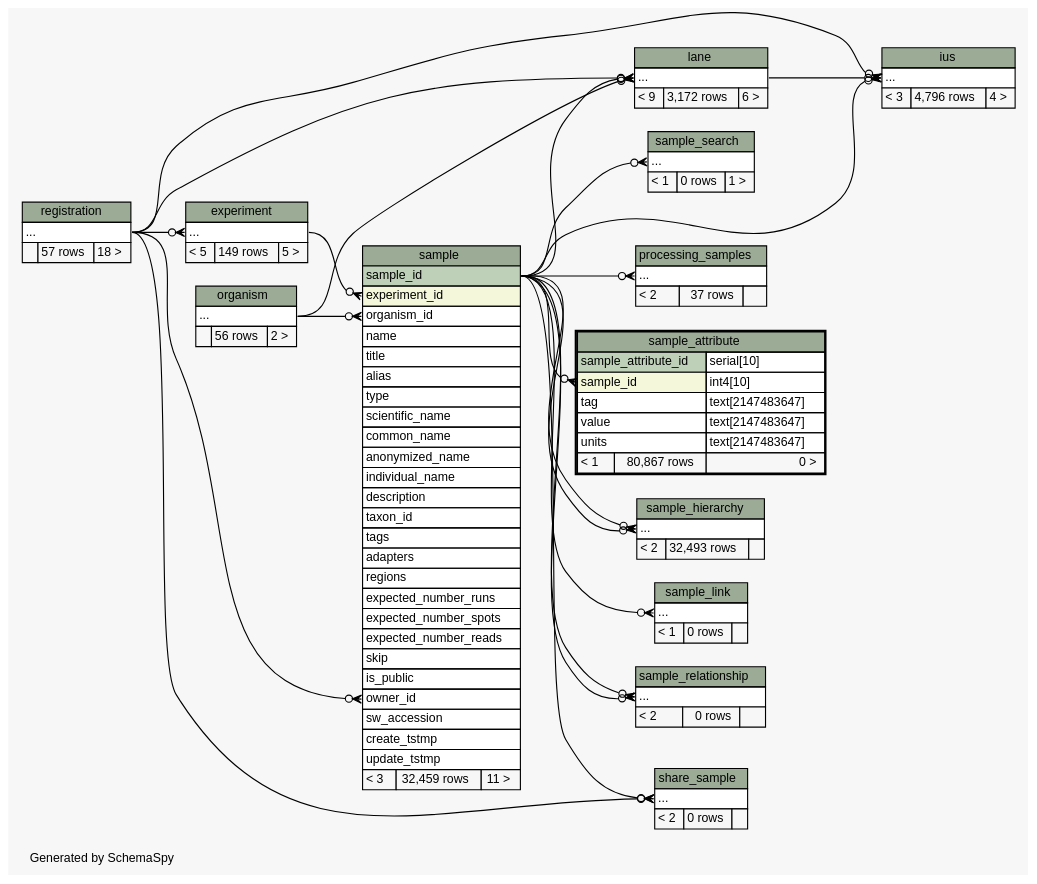
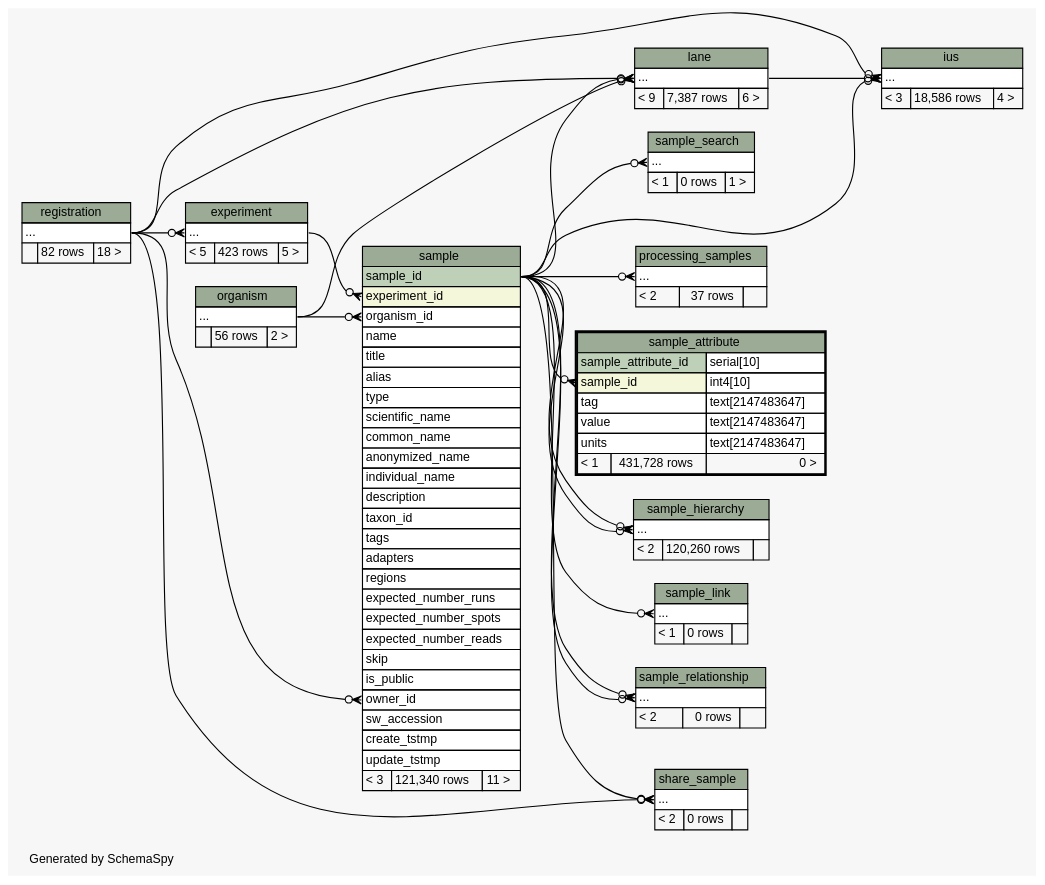
The diagram in metadb-schema/diagrams/sample_attribute.2degrees.dot (SeqWare/seqware.github.com), drawn with Graphviz before and after one commit. The commit also changed 365 other files, not shown here.

Commit message:
Refresh dbschema docs

```diff
--- a/metadb-schema/diagrams/sample_attribute.2degrees.dot
+++ b/metadb-schema/diagrams/sample_attribute.2degrees.dot
@@ -1,200 +1,200 @@
-// dot 2.32.0 on Mac OS X 10.8.3
+// dot 2.26.3 on Linux 3.5.0-47-generic
 // SchemaSpy rev 590
 digraph "twoDegreesRelationshipsDiagram" {
   graph [
     rankdir="RL"
     bgcolor="#f7f7f7"
     label="\nGenerated by SchemaSpy"
     labeljust="l"
     nodesep="0.18"
     ranksep="0.46"
     fontname="Helvetica"
     fontsize="11"
   ];
   node [
     fontname="Helvetica"
     fontsize="11"
     shape="plaintext"
   ];
   edge [
     arrowsize="0.8"
   ];
   "experiment":"elipses":w -> "registration":"elipses":e [arrowhead=none dir=back arrowtail=crowodot];
   "ius":"elipses":w -> "lane":"elipses":e [arrowhead=none dir=back arrowtail=crowodot];
   "ius":"elipses":w -> "registration":"elipses":e [arrowhead=none dir=back arrowtail=crowodot];
   "ius":"elipses":w -> "sample":"sample_id":e [arrowhead=none dir=back arrowtail=crowodot];
   "lane":"elipses":w -> "organism":"elipses":e [arrowhead=none dir=back arrowtail=crowodot];
   "lane":"elipses":w -> "registration":"elipses":e [arrowhead=none dir=back arrowtail=crowodot];
   "lane":"elipses":w -> "sample":"sample_id":e [arrowhead=none dir=back arrowtail=crowodot];
   "processing_samples":"elipses":w -> "sample":"sample_id":e [arrowhead=none dir=back arrowtail=crowodot];
   "sample":"experiment_id":w -> "experiment":"elipses":e [arrowhead=none dir=back arrowtail=crowodot];
   "sample":"organism_id":w -> "organism":"elipses":e [arrowhead=none dir=back arrowtail=crowodot];
   "sample":"owner_id":w -> "registration":"elipses":e [arrowhead=none dir=back arrowtail=crowodot];
   "sample_attribute":"sample_id":w -> "sample":"sample_id":e [arrowhead=none dir=back arrowtail=crowodot];
   "sample_hierarchy":"elipses":w -> "sample":"sample_id":e [arrowhead=none dir=back arrowtail=crowodot];
   "sample_hierarchy":"elipses":w -> "sample":"sample_id":e [arrowhead=none dir=back arrowtail=crowodot];
   "sample_link":"elipses":w -> "sample":"sample_id":e [arrowhead=none dir=back arrowtail=crowodot];
   "sample_relationship":"elipses":w -> "sample":"sample_id":e [arrowhead=none dir=back arrowtail=crowodot];
   "sample_relationship":"elipses":w -> "sample":"sample_id":e [arrowhead=none dir=back arrowtail=crowodot];
   "sample_search":"elipses":w -> "sample":"sample_id":e [arrowhead=none dir=back arrowtail=crowodot];
   "share_sample":"elipses":w -> "registration":"elipses":e [arrowhead=none dir=back arrowtail=crowodot];
   "share_sample":"elipses":w -> "sample":"sample_id":e [arrowhead=none dir=back arrowtail=crowodot];
   "experiment" [
     label=<
     <TABLE BORDER="0" CELLBORDER="1" CELLSPACING="0" BGCOLOR="#ffffff">
       <TR><TD COLSPAN="3" BGCOLOR="#9bab96" ALIGN="CENTER">experiment</TD></TR>
       <TR><TD PORT="elipses" COLSPAN="3" ALIGN="LEFT">...</TD></TR>
-      <TR><TD ALIGN="LEFT" BGCOLOR="#f7f7f7">&lt; 5</TD><TD ALIGN="RIGHT" BGCOLOR="#f7f7f7">149 rows</TD><TD ALIGN="RIGHT" BGCOLOR="#f7f7f7">5 &gt;</TD></TR>
+      <TR><TD ALIGN="LEFT" BGCOLOR="#f7f7f7">&lt; 5</TD><TD ALIGN="RIGHT" BGCOLOR="#f7f7f7">423 rows</TD><TD ALIGN="RIGHT" BGCOLOR="#f7f7f7">5 &gt;</TD></TR>
     </TABLE>>
     URL="experiment.html"
     tooltip="experiment"
   ];
   "ius" [
     label=<
     <TABLE BORDER="0" CELLBORDER="1" CELLSPACING="0" BGCOLOR="#ffffff">
       <TR><TD COLSPAN="3" BGCOLOR="#9bab96" ALIGN="CENTER">ius</TD></TR>
       <TR><TD PORT="elipses" COLSPAN="3" ALIGN="LEFT">...</TD></TR>
-      <TR><TD ALIGN="LEFT" BGCOLOR="#f7f7f7">&lt; 3</TD><TD ALIGN="RIGHT" BGCOLOR="#f7f7f7">4,796 rows</TD><TD ALIGN="RIGHT" BGCOLOR="#f7f7f7">4 &gt;</TD></TR>
+      <TR><TD ALIGN="LEFT" BGCOLOR="#f7f7f7">&lt; 3</TD><TD ALIGN="RIGHT" BGCOLOR="#f7f7f7">18,586 rows</TD><TD ALIGN="RIGHT" BGCOLOR="#f7f7f7">4 &gt;</TD></TR>
     </TABLE>>
     URL="ius.html"
     tooltip="ius"
   ];
   "lane" [
     label=<
     <TABLE BORDER="0" CELLBORDER="1" CELLSPACING="0" BGCOLOR="#ffffff">
       <TR><TD COLSPAN="3" BGCOLOR="#9bab96" ALIGN="CENTER">lane</TD></TR>
       <TR><TD PORT="elipses" COLSPAN="3" ALIGN="LEFT">...</TD></TR>
-      <TR><TD ALIGN="LEFT" BGCOLOR="#f7f7f7">&lt; 9</TD><TD ALIGN="RIGHT" BGCOLOR="#f7f7f7">3,172 rows</TD><TD ALIGN="RIGHT" BGCOLOR="#f7f7f7">6 &gt;</TD></TR>
+      <TR><TD ALIGN="LEFT" BGCOLOR="#f7f7f7">&lt; 9</TD><TD ALIGN="RIGHT" BGCOLOR="#f7f7f7">7,387 rows</TD><TD ALIGN="RIGHT" BGCOLOR="#f7f7f7">6 &gt;</TD></TR>
     </TABLE>>
     URL="lane.html"
     tooltip="lane"
   ];
   "organism" [
     label=<
     <TABLE BORDER="0" CELLBORDER="1" CELLSPACING="0" BGCOLOR="#ffffff">
       <TR><TD COLSPAN="3" BGCOLOR="#9bab96" ALIGN="CENTER">organism</TD></TR>
       <TR><TD PORT="elipses" COLSPAN="3" ALIGN="LEFT">...</TD></TR>
       <TR><TD ALIGN="LEFT" BGCOLOR="#f7f7f7">  </TD><TD ALIGN="RIGHT" BGCOLOR="#f7f7f7">56 rows</TD><TD ALIGN="RIGHT" BGCOLOR="#f7f7f7">2 &gt;</TD></TR>
     </TABLE>>
     URL="organism.html"
     tooltip="organism"
   ];
   "processing_samples" [
     label=<
     <TABLE BORDER="0" CELLBORDER="1" CELLSPACING="0" BGCOLOR="#ffffff">
       <TR><TD COLSPAN="3" BGCOLOR="#9bab96" ALIGN="CENTER">processing_samples</TD></TR>
       <TR><TD PORT="elipses" COLSPAN="3" ALIGN="LEFT">...</TD></TR>
       <TR><TD ALIGN="LEFT" BGCOLOR="#f7f7f7">&lt; 2</TD><TD ALIGN="RIGHT" BGCOLOR="#f7f7f7">37 rows</TD><TD ALIGN="RIGHT" BGCOLOR="#f7f7f7">  </TD></TR>
     </TABLE>>
     URL="processing_samples.html"
     tooltip="processing_samples"
   ];
   "registration" [
     label=<
     <TABLE BORDER="0" CELLBORDER="1" CELLSPACING="0" BGCOLOR="#ffffff">
       <TR><TD COLSPAN="3" BGCOLOR="#9bab96" ALIGN="CENTER">registration</TD></TR>
       <TR><TD PORT="elipses" COLSPAN="3" ALIGN="LEFT">...</TD></TR>
-      <TR><TD ALIGN="LEFT" BGCOLOR="#f7f7f7">  </TD><TD ALIGN="RIGHT" BGCOLOR="#f7f7f7">57 rows</TD><TD ALIGN="RIGHT" BGCOLOR="#f7f7f7">18 &gt;</TD></TR>
+      <TR><TD ALIGN="LEFT" BGCOLOR="#f7f7f7">  </TD><TD ALIGN="RIGHT" BGCOLOR="#f7f7f7">82 rows</TD><TD ALIGN="RIGHT" BGCOLOR="#f7f7f7">18 &gt;</TD></TR>
     </TABLE>>
     URL="registration.html"
     tooltip="registration"
   ];
   "sample" [
     label=<
     <TABLE BORDER="0" CELLBORDER="1" CELLSPACING="0" BGCOLOR="#ffffff">
       <TR><TD COLSPAN="3" BGCOLOR="#9bab96" ALIGN="CENTER">sample</TD></TR>
       <TR><TD PORT="sample_id" COLSPAN="3" BGCOLOR="#bed1b8" ALIGN="LEFT">sample_id</TD></TR>
       <TR><TD PORT="experiment_id" COLSPAN="3" BGCOLOR="#f4f7da" ALIGN="LEFT">experiment_id</TD></TR>
       <TR><TD PORT="organism_id" COLSPAN="3" ALIGN="LEFT">organism_id</TD></TR>
       <TR><TD PORT="name" COLSPAN="3" ALIGN="LEFT">name</TD></TR>
       <TR><TD PORT="title" COLSPAN="3" ALIGN="LEFT">title</TD></TR>
       <TR><TD PORT="alias" COLSPAN="3" ALIGN="LEFT">alias</TD></TR>
       <TR><TD PORT="type" COLSPAN="3" ALIGN="LEFT">type</TD></TR>
       <TR><TD PORT="scientific_name" COLSPAN="3" ALIGN="LEFT">scientific_name</TD></TR>
       <TR><TD PORT="common_name" COLSPAN="3" ALIGN="LEFT">common_name</TD></TR>
       <TR><TD PORT="anonymized_name" COLSPAN="3" ALIGN="LEFT">anonymized_name</TD></TR>
       <TR><TD PORT="individual_name" COLSPAN="3" ALIGN="LEFT">individual_name</TD></TR>
       <TR><TD PORT="description" COLSPAN="3" ALIGN="LEFT">description</TD></TR>
       <TR><TD PORT="taxon_id" COLSPAN="3" ALIGN="LEFT">taxon_id</TD></TR>
       <TR><TD PORT="tags" COLSPAN="3" ALIGN="LEFT">tags</TD></TR>
       <TR><TD PORT="adapters" COLSPAN="3" ALIGN="LEFT">adapters</TD></TR>
       <TR><TD PORT="regions" COLSPAN="3" ALIGN="LEFT">regions</TD></TR>
       <TR><TD PORT="expected_number_runs" COLSPAN="3" ALIGN="LEFT">expected_number_runs</TD></TR>
       <TR><TD PORT="expected_number_spots" COLSPAN="3" ALIGN="LEFT">expected_number_spots</TD></TR>
       <TR><TD PORT="expected_number_reads" COLSPAN="3" ALIGN="LEFT">expected_number_reads</TD></TR>
       <TR><TD PORT="skip" COLSPAN="3" ALIGN="LEFT">skip</TD></TR>
       <TR><TD PORT="is_public" COLSPAN="3" ALIGN="LEFT">is_public</TD></TR>
       <TR><TD PORT="owner_id" COLSPAN="3" ALIGN="LEFT">owner_id</TD></TR>
       <TR><TD PORT="sw_accession" COLSPAN="3" ALIGN="LEFT">sw_accession</TD></TR>
       <TR><TD PORT="create_tstmp" COLSPAN="3" ALIGN="LEFT">create_tstmp</TD></TR>
       <TR><TD PORT="update_tstmp" COLSPAN="3" ALIGN="LEFT">update_tstmp</TD></TR>
-      <TR><TD ALIGN="LEFT" BGCOLOR="#f7f7f7">&lt; 3</TD><TD ALIGN="RIGHT" BGCOLOR="#f7f7f7">32,459 rows</TD><TD ALIGN="RIGHT" BGCOLOR="#f7f7f7">11 &gt;</TD></TR>
+      <TR><TD ALIGN="LEFT" BGCOLOR="#f7f7f7">&lt; 3</TD><TD ALIGN="RIGHT" BGCOLOR="#f7f7f7">121,340 rows</TD><TD ALIGN="RIGHT" BGCOLOR="#f7f7f7">11 &gt;</TD></TR>
     </TABLE>>
     URL="sample.html"
     tooltip="sample"
   ];
   "sample_attribute" [
     label=<
     <TABLE BORDER="2" CELLBORDER="1" CELLSPACING="0" BGCOLOR="#ffffff">
       <TR><TD COLSPAN="3" BGCOLOR="#9bab96" ALIGN="CENTER">sample_attribute</TD></TR>
       <TR><TD PORT="sample_attribute_id" COLSPAN="2" BGCOLOR="#bed1b8" ALIGN="LEFT">sample_attribute_id</TD><TD PORT="sample_attribute_id.type" ALIGN="LEFT">serial[10]</TD></TR>
       <TR><TD PORT="sample_id" COLSPAN="2" BGCOLOR="#f4f7da" ALIGN="LEFT">sample_id</TD><TD PORT="sample_id.type" ALIGN="LEFT">int4[10]</TD></TR>
       <TR><TD PORT="tag" COLSPAN="2" ALIGN="LEFT">tag</TD><TD PORT="tag.type" ALIGN="LEFT">text[2147483647]</TD></TR>
       <TR><TD PORT="value" COLSPAN="2" ALIGN="LEFT">value</TD><TD PORT="value.type" ALIGN="LEFT">text[2147483647]</TD></TR>
       <TR><TD PORT="units" COLSPAN="2" ALIGN="LEFT">units</TD><TD PORT="units.type" ALIGN="LEFT">text[2147483647]</TD></TR>
-      <TR><TD ALIGN="LEFT" BGCOLOR="#f7f7f7">&lt; 1</TD><TD ALIGN="RIGHT" BGCOLOR="#f7f7f7">80,867 rows</TD><TD ALIGN="RIGHT" BGCOLOR="#f7f7f7">0 &gt;</TD></TR>
+      <TR><TD ALIGN="LEFT" BGCOLOR="#f7f7f7">&lt; 1</TD><TD ALIGN="RIGHT" BGCOLOR="#f7f7f7">431,728 rows</TD><TD ALIGN="RIGHT" BGCOLOR="#f7f7f7">0 &gt;</TD></TR>
     </TABLE>>
     URL="sample_attribute.html"
     tooltip="sample_attribute"
   ];
   "sample_hierarchy" [
     label=<
     <TABLE BORDER="0" CELLBORDER="1" CELLSPACING="0" BGCOLOR="#ffffff">
       <TR><TD COLSPAN="3" BGCOLOR="#9bab96" ALIGN="CENTER">sample_hierarchy</TD></TR>
       <TR><TD PORT="elipses" COLSPAN="3" ALIGN="LEFT">...</TD></TR>
-      <TR><TD ALIGN="LEFT" BGCOLOR="#f7f7f7">&lt; 2</TD><TD ALIGN="RIGHT" BGCOLOR="#f7f7f7">32,493 rows</TD><TD ALIGN="RIGHT" BGCOLOR="#f7f7f7">  </TD></TR>
+      <TR><TD ALIGN="LEFT" BGCOLOR="#f7f7f7">&lt; 2</TD><TD ALIGN="RIGHT" BGCOLOR="#f7f7f7">120,260 rows</TD><TD ALIGN="RIGHT" BGCOLOR="#f7f7f7">  </TD></TR>
     </TABLE>>
     URL="sample_hierarchy.html"
     tooltip="sample_hierarchy"
   ];
   "sample_link" [
     label=<
     <TABLE BORDER="0" CELLBORDER="1" CELLSPACING="0" BGCOLOR="#ffffff">
       <TR><TD COLSPAN="3" BGCOLOR="#9bab96" ALIGN="CENTER">sample_link</TD></TR>
       <TR><TD PORT="elipses" COLSPAN="3" ALIGN="LEFT">...</TD></TR>
       <TR><TD ALIGN="LEFT" BGCOLOR="#f7f7f7">&lt; 1</TD><TD ALIGN="RIGHT" BGCOLOR="#f7f7f7">0 rows</TD><TD ALIGN="RIGHT" BGCOLOR="#f7f7f7">  </TD></TR>
     </TABLE>>
     URL="sample_link.html"
     tooltip="sample_link"
   ];
   "sample_relationship" [
     label=<
     <TABLE BORDER="0" CELLBORDER="1" CELLSPACING="0" BGCOLOR="#ffffff">
       <TR><TD COLSPAN="3" BGCOLOR="#9bab96" ALIGN="CENTER">sample_relationship</TD></TR>
       <TR><TD PORT="elipses" COLSPAN="3" ALIGN="LEFT">...</TD></TR>
       <TR><TD ALIGN="LEFT" BGCOLOR="#f7f7f7">&lt; 2</TD><TD ALIGN="RIGHT" BGCOLOR="#f7f7f7">0 rows</TD><TD ALIGN="RIGHT" BGCOLOR="#f7f7f7">  </TD></TR>
     </TABLE>>
     URL="sample_relationship.html"
     tooltip="sample_relationship"
   ];
   "sample_search" [
     label=<
     <TABLE BORDER="0" CELLBORDER="1" CELLSPACING="0" BGCOLOR="#ffffff">
       <TR><TD COLSPAN="3" BGCOLOR="#9bab96" ALIGN="CENTER">sample_search</TD></TR>
       <TR><TD PORT="elipses" COLSPAN="3" ALIGN="LEFT">...</TD></TR>
       <TR><TD ALIGN="LEFT" BGCOLOR="#f7f7f7">&lt; 1</TD><TD ALIGN="RIGHT" BGCOLOR="#f7f7f7">0 rows</TD><TD ALIGN="RIGHT" BGCOLOR="#f7f7f7">1 &gt;</TD></TR>
     </TABLE>>
     URL="sample_search.html"
     tooltip="sample_search"
   ];
   "share_sample" [
     label=<
     <TABLE BORDER="0" CELLBORDER="1" CELLSPACING="0" BGCOLOR="#ffffff">
       <TR><TD COLSPAN="3" BGCOLOR="#9bab96" ALIGN="CENTER">share_sample</TD></TR>
       <TR><TD PORT="elipses" COLSPAN="3" ALIGN="LEFT">...</TD></TR>
       <TR><TD ALIGN="LEFT" BGCOLOR="#f7f7f7">&lt; 2</TD><TD ALIGN="RIGHT" BGCOLOR="#f7f7f7">0 rows</TD><TD ALIGN="RIGHT" BGCOLOR="#f7f7f7">  </TD></TR>
     </TABLE>>
     URL="share_sample.html"
     tooltip="share_sample"
   ];
 }
```
